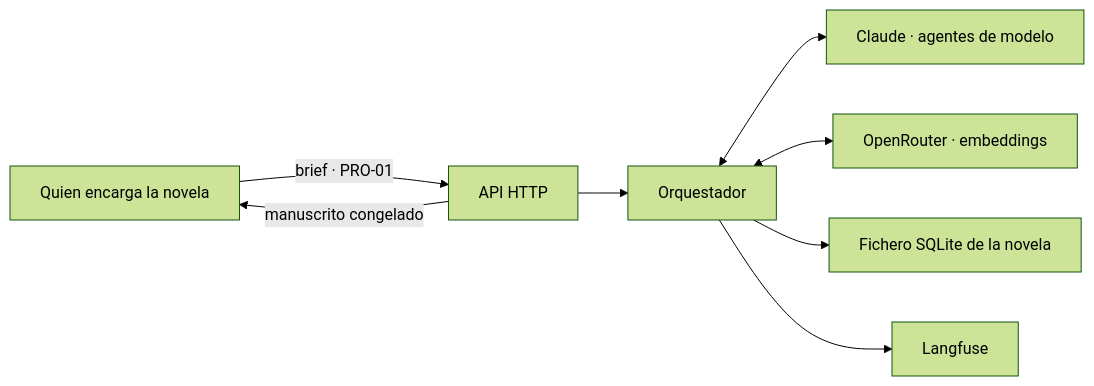
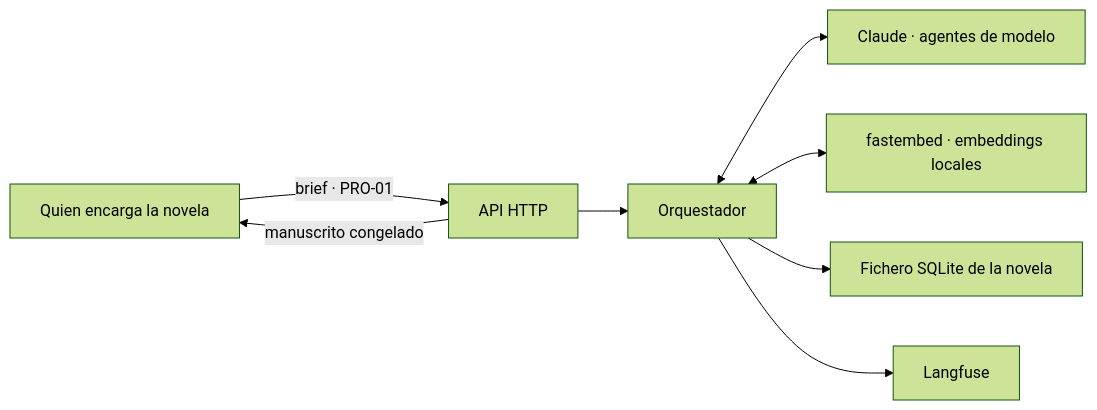
Before and after one commit to emilioqaracter/Story-Maker: the diagram in specs/srs-backend-v1.md, drawn with Mermaid (forest theme). The commit also changed other lines of this file and 4 other files, not shown here.

First line of the commit message:
Embeddings locales con fastembed y regla de escalado en implementacion

````diff
--- a/specs/srs-backend-v1.md
+++ b/specs/srs-backend-v1.md
@@ -77,10 +77,10 @@
 ```mermaid
 graph LR
   OP["Quien encarga la novela"] -->|brief · PRO-01| API["API HTTP"]
   API --> ORQ["Orquestador"]
   ORQ <--> CLA["Claude · agentes de modelo"]
-  ORQ <--> OR["OpenRouter · embeddings"]
+  ORQ <--> OR["fastembed · embeddings locales"]
   ORQ --> DB["Fichero SQLite de la novela"]
   ORQ --> LF["Langfuse"]
   API -->|manuscrito congelado| OP
 ```
````
